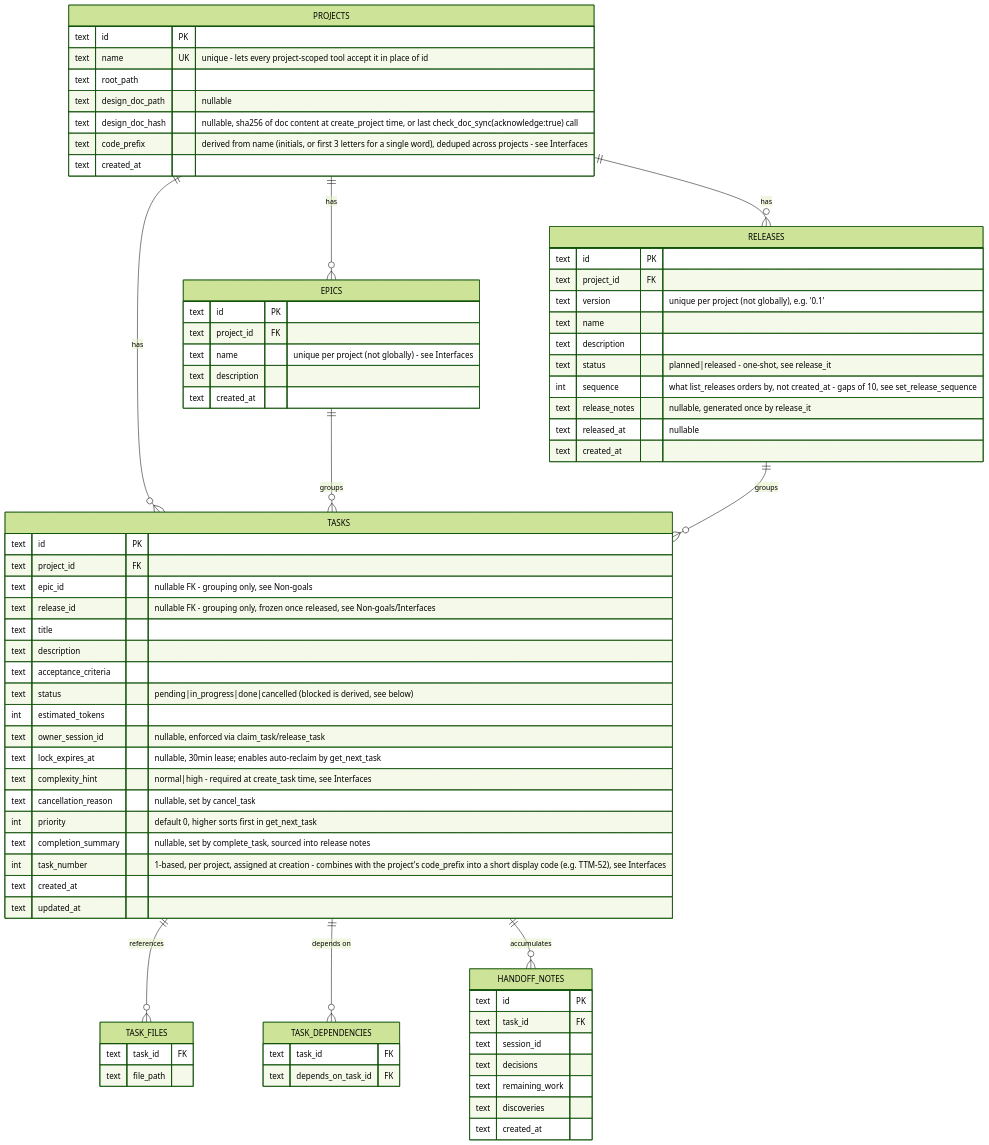
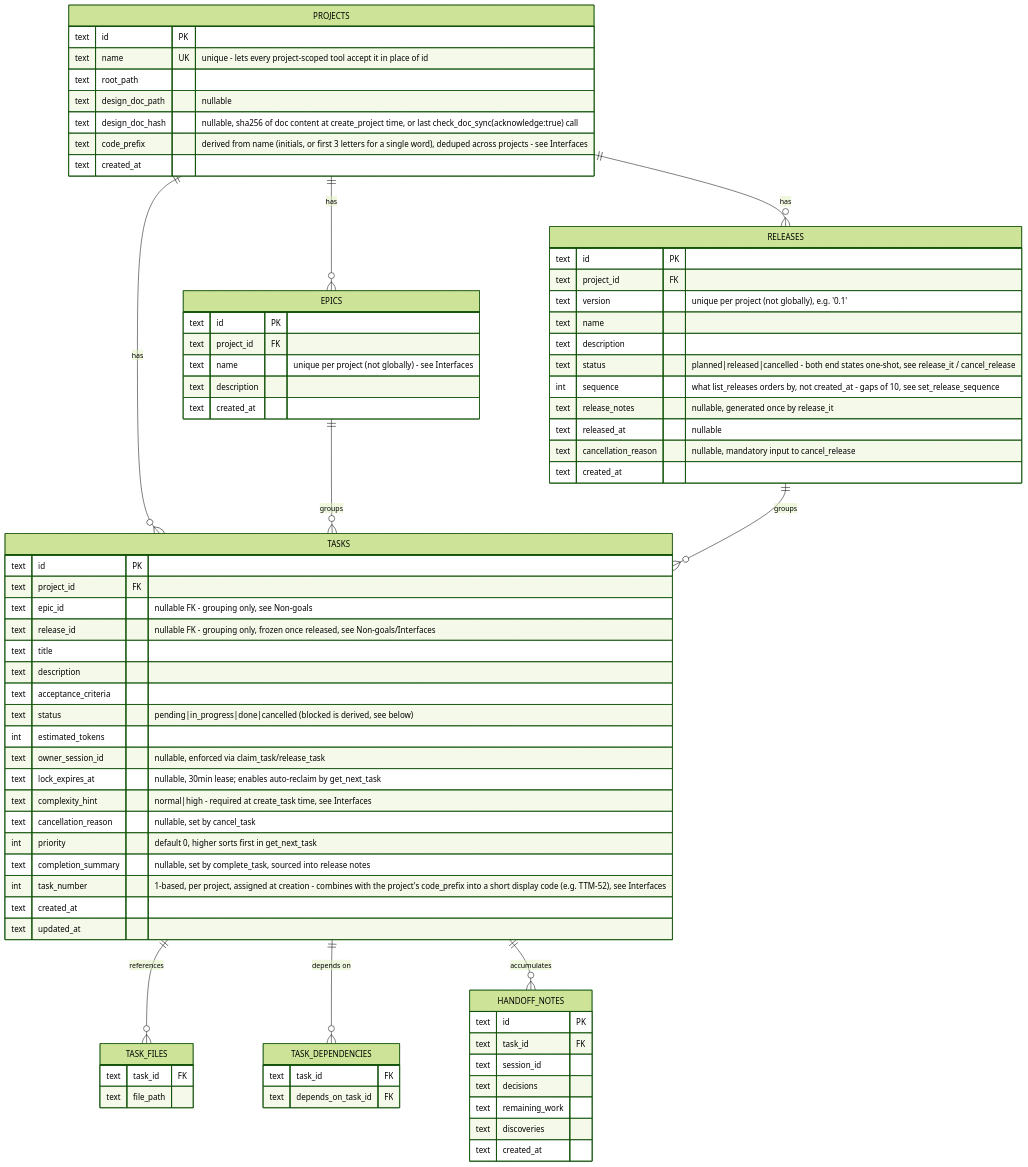
The third of 3 diagrams in docs/architecture/task-tracker-mcp.md (madmurdok/task-tracker-mcp), drawn with Mermaid (forest theme) before and after one commit. The commit also changed other lines of this file and 15 other files, not shown here.

First line of the commit message:
feat: add a cancelled release status with a red dashboard lane

````diff
--- a/docs/architecture/task-tracker-mcp.md
+++ b/docs/architecture/task-tracker-mcp.md
@@ -142,77 +142,78 @@
 ```mermaid
 erDiagram
     PROJECTS ||--o{ TASKS : has
     PROJECTS ||--o{ EPICS : has
     PROJECTS ||--o{ RELEASES : has
     EPICS ||--o{ TASKS : groups
     RELEASES ||--o{ TASKS : groups
     TASKS ||--o{ TASK_FILES : references
     TASKS ||--o{ TASK_DEPENDENCIES : "depends on"
     TASKS ||--o{ HANDOFF_NOTES : accumulates
 
     PROJECTS {
         text id PK
         text name UK "unique - lets every project-scoped tool accept it in place of id"
         text root_path
         text design_doc_path "nullable"
         text design_doc_hash "nullable, sha256 of doc content at create_project time, or last check_doc_sync(acknowledge:true) call"
         text code_prefix "derived from name (initials, or first 3 letters for a single word), deduped across projects - see Interfaces"
         text created_at
     }
     EPICS {
         text id PK
         text project_id FK
         text name "unique per project (not globally) - see Interfaces"
         text description
         text created_at
     }
     RELEASES {
         text id PK
         text project_id FK
         text version "unique per project (not globally), e.g. '0.1'"
         text name
         text description
-        text status "planned|released - one-shot, see release_it"
+        text status "planned|released|cancelled - both end states one-shot, see release_it / cancel_release"
         int sequence "what list_releases orders by, not created_at - gaps of 10, see set_release_sequence"
         text release_notes "nullable, generated once by release_it"
         text released_at "nullable"
+        text cancellation_reason "nullable, mandatory input to cancel_release"
         text created_at
     }
     TASKS {
         text id PK
         text project_id FK
         text epic_id "nullable FK - grouping only, see Non-goals"
         text release_id "nullable FK - grouping only, frozen once released, see Non-goals/Interfaces"
         text title
         text description
         text acceptance_criteria
         text status "pending|in_progress|done|cancelled (blocked is derived, see below)"
         int estimated_tokens
         text owner_session_id "nullable, enforced via claim_task/release_task"
         text lock_expires_at "nullable, 30min lease; enables auto-reclaim by get_next_task"
         text complexity_hint "normal|high - required at create_task time, see Interfaces"
         text cancellation_reason "nullable, set by cancel_task"
         int priority "default 0, higher sorts first in get_next_task"
         text completion_summary "nullable, set by complete_task, sourced into release notes"
         int task_number "1-based, per project, assigned at creation - combines with the project's code_prefix into a short display code (e.g. TTM-52), see Interfaces"
         text created_at
         text updated_at
     }
     TASK_FILES {
         text task_id FK
         text file_path
     }
     TASK_DEPENDENCIES {
         text task_id FK
         text depends_on_task_id FK
     }
     HANDOFF_NOTES {
         text id PK
         text task_id FK
         text session_id
         text decisions
         text remaining_work
         text discoveries
         text created_at
     }
 ```
````
